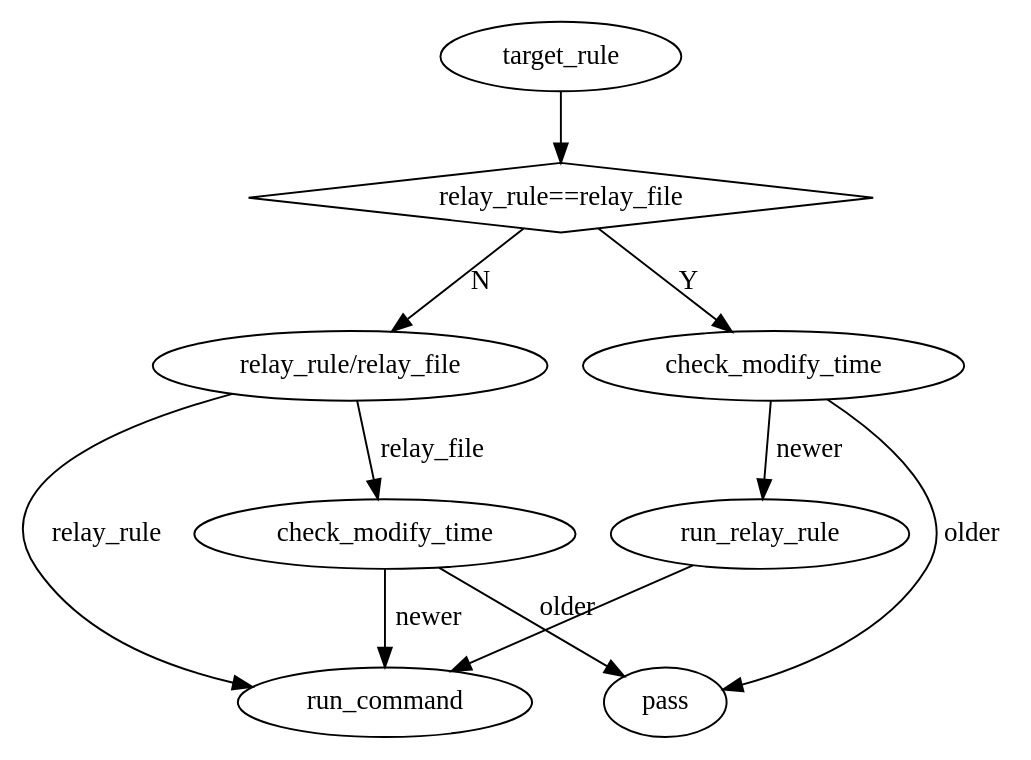
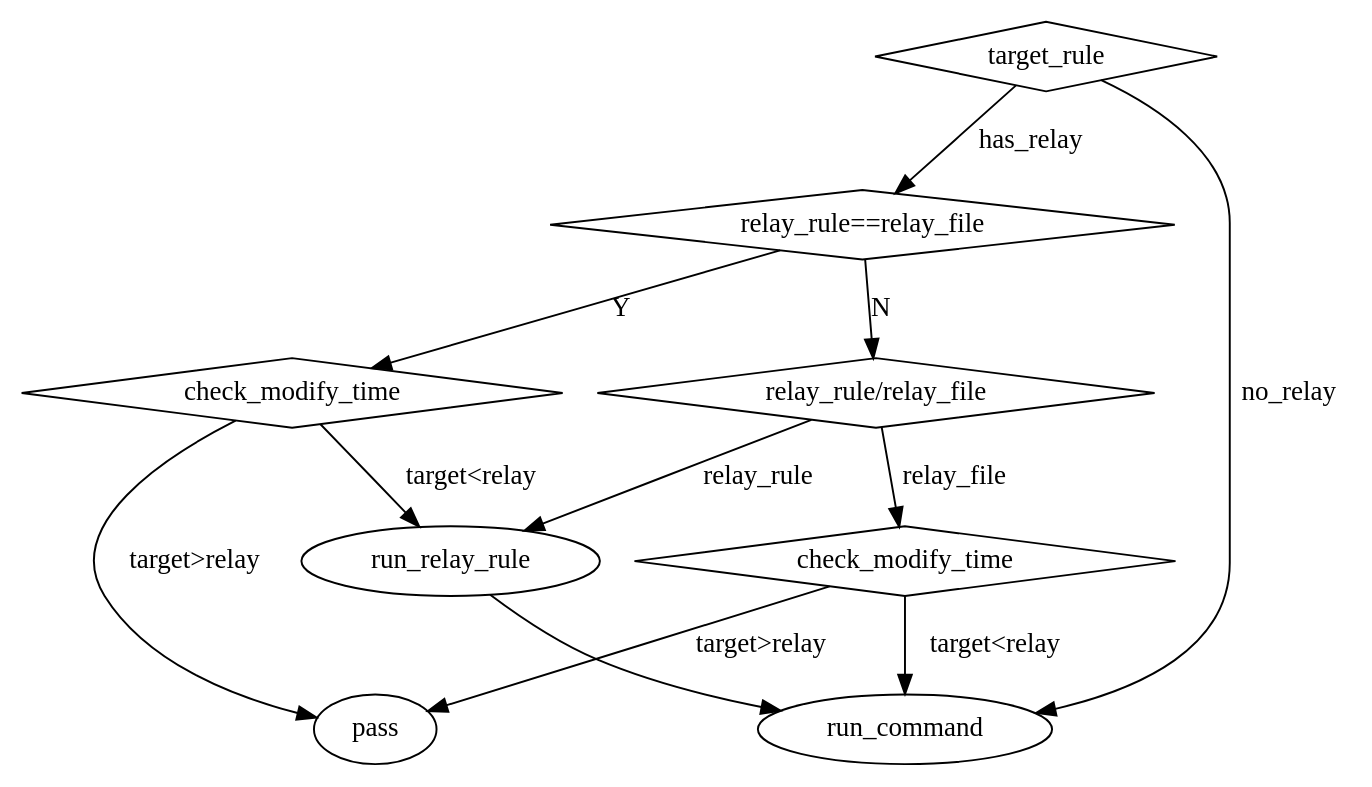
The diagram in process.dot (link-jay/smake), drawn with Graphviz before and after one commit. The commit also changed 4 other files, not shown here.

```diff
--- a/process.dot
+++ b/process.dot
@@ -1,15 +1,18 @@
 digraph G {
-    "target_rule" -> "relay_rule==relay_file"
+    "target_rule" -> "relay_rule==relay_file" [label="has_relay"]
+    "target_rule" [shape=diamond]
+    "target_rule" -> "run_command" [label="no_relay"]
     "relay_rule==relay_file" [shape=diamond]
     "relay_rule==relay_file" -> "relay_rule/relay_file" [label="N"]
-    "relay_rule/relay_file" -> "run_command" [label="relay_rule"]
+    "relay_rule/relay_file" [shape=diamond]
+    "relay_rule/relay_file" -> "run_relay_rule" [label="relay_rule"]
     "relay_rule/relay_file" -> "n1"  [label="relay_file"]
-    "n1" -> "pass" [xlabel="older"]
-    "n1" -> "run_command" [label="newer"]
-    "n1" [label="check_modify_time"]
+    "n1" -> "pass" [label="target>relay"]
+    "n1" -> "run_command" [label="target<relay"]
+    "n1" [label="check_modify_time", shape=diamond]
     "relay_rule==relay_file" -> "n2" [label="Y"]
-    "n2" -> "pass" [label="older"]
-    "n2" -> "run_relay_rule" [label="newer"]
-    "n2" [label="check_modify_time"]
+    "n2" -> "pass" [label="target>relay"]
+    "n2" -> "run_relay_rule" [label="target<relay"]
+    "n2" [label="check_modify_time", shape=diamond]
     "run_relay_rule" -> "run_command"
 }
```
